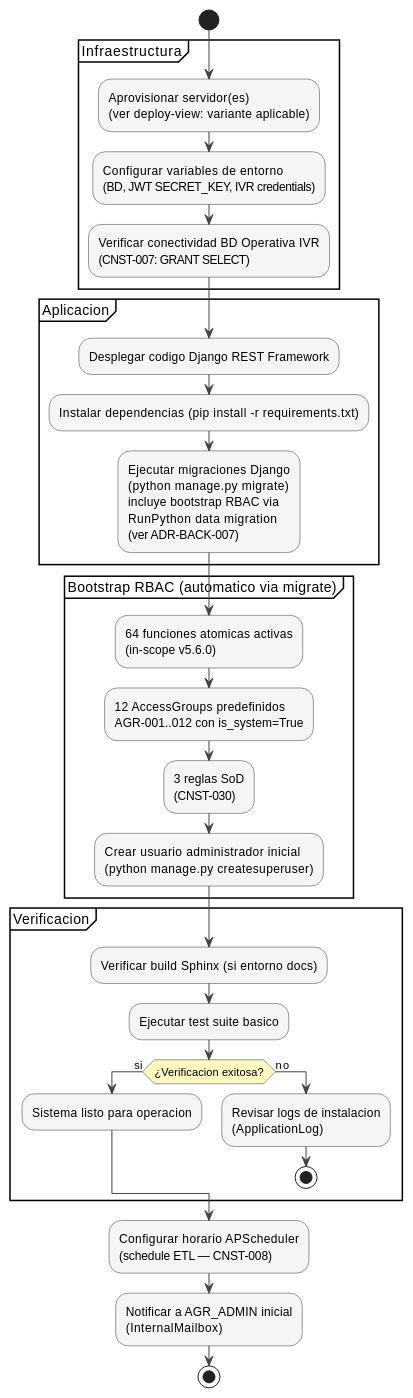
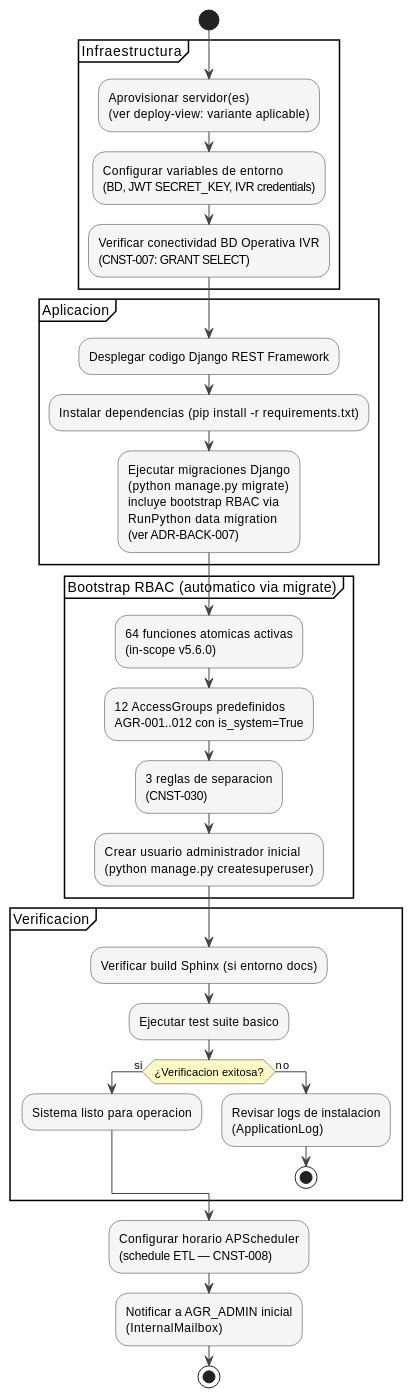
Before and after one commit to jcg-admin/IACT-docs: the diagram in source/arquitectura-tecnica/operational-view/system-installation.rst, drawn with PlantUML. The commit also changed 32 other files, not shown here.

```diff
--- a/source/arquitectura-tecnica/operational-view/system-installation.rst
+++ b/source/arquitectura-tecnica/operational-view/system-installation.rst
@@ -26,49 +26,49 @@
 .. uml::
  :caption: Figura — Flujo de instalacion y bootstrap del sistema IACT
 
  @startuml
 
  skinparam ArrowColor #444444
  skinparam ActivityBorderColor #333333
  skinparam ActivityBackgroundColor #F5F5F5
  skinparam ActivityDiamondBackgroundColor #FFF9C4
  skinparam shadowing false
 
  start
 
  partition "Infraestructura" {
    :Aprovisionar servidor(es)\n(ver deploy-view: variante aplicable);
    :Configurar variables de entorno\n(BD, JWT SECRET_KEY, IVR credentials);
    :Verificar conectividad BD Operativa IVR\n(CNST-007: GRANT SELECT);
  }
 
  partition "Aplicacion" {
    :Desplegar codigo Django REST Framework;
    :Instalar dependencias (pip install -r requirements.txt);
    :Ejecutar migraciones Django\n(python manage.py migrate)\nincluye bootstrap RBAC via\nRunPython data migration\n(ver ADR-BACK-007);
  }
 
  partition "Bootstrap RBAC (automatico via migrate)" {
    :64 funciones atomicas activas\n(in-scope v5.6.0);
    :12 AccessGroups predefinidos\nAGR-001..012 con is_system=True;
-   :3 reglas SoD\n(CNST-030);
+   :3 reglas de separacion\n(CNST-030);
    :Crear usuario administrador inicial\n(python manage.py createsuperuser);
  }
 
  partition "Verificacion" {
    :Verificar build Sphinx (si entorno docs);
    :Ejecutar test suite basico;
    if (¿Verificacion exitosa?) then (si)
      :Sistema listo para operacion;
    else (no)
      :Revisar logs de instalacion\n(ApplicationLog);
      stop
    endif
  }
 
  :Configurar horario APScheduler\n(schedule ETL — CNST-008);
  :Notificar a AGR_ADMIN inicial\n(InternalMailbox);
 
  stop
 
  @enduml
```
